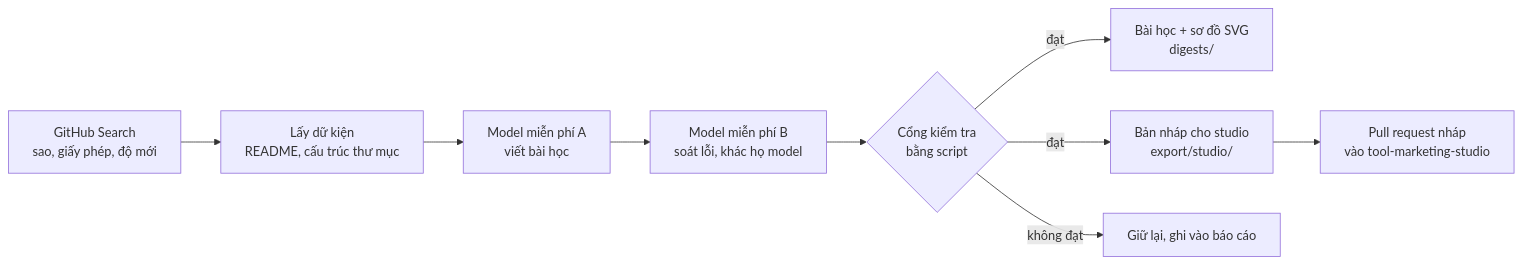
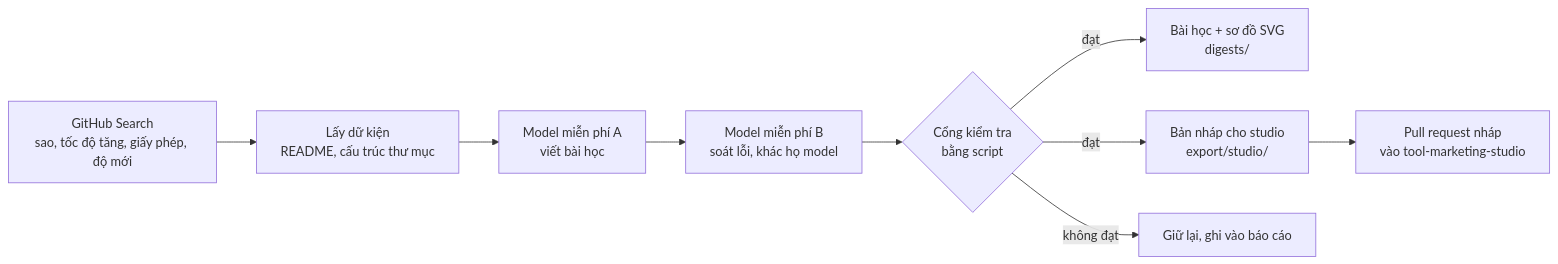
The diagram in README.md (vohoailinh90/Github-radar), drawn with Mermaid before and after one commit. The commit also changed other lines of this file and 16 other files, not shown here.

````diff
--- a/README.md
+++ b/README.md
@@ -8,11 +8,11 @@
 ```mermaid
 flowchart LR
-    A[GitHub Search<br/>sao, giấy phép, độ mới] --> B[Lấy dữ kiện<br/>README, cấu trúc thư mục]
+    A[GitHub Search<br/>sao, tốc độ tăng, giấy phép, độ mới] --> B[Lấy dữ kiện<br/>README, cấu trúc thư mục]
     B --> C[Model miễn phí A<br/>viết bài học]
     C --> D[Model miễn phí B<br/>soát lỗi, khác họ model]
     D --> E{Cổng kiểm tra<br/>bằng script}
     E -- đạt --> F[Bài học + sơ đồ SVG<br/>digests/]
     E -- đạt --> G[Bản nháp cho studio<br/>export/studio/]
     G --> H[Pull request nháp<br/>vào tool-marketing-studio]
     E -- không đạt --> I[Giữ lại, ghi vào báo cáo]
 ```
````
